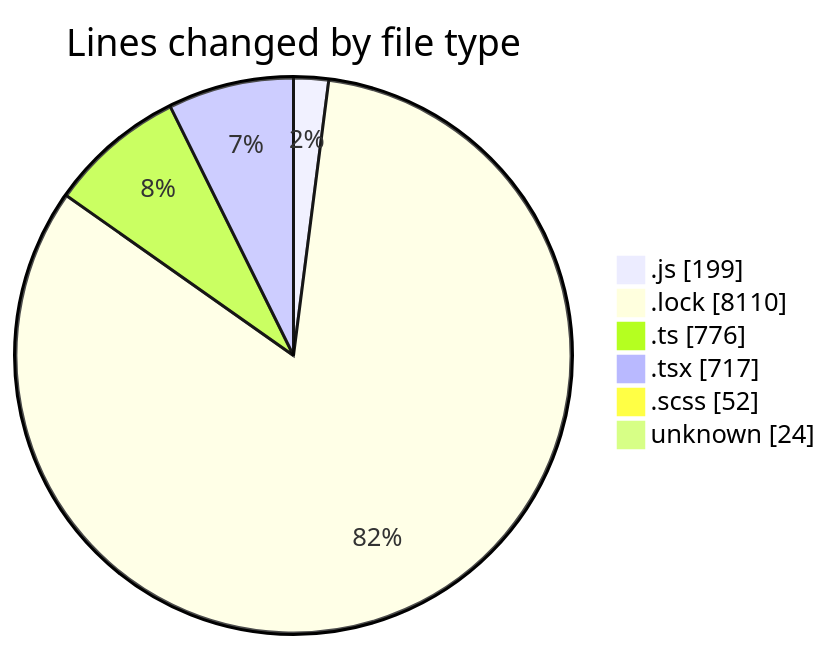
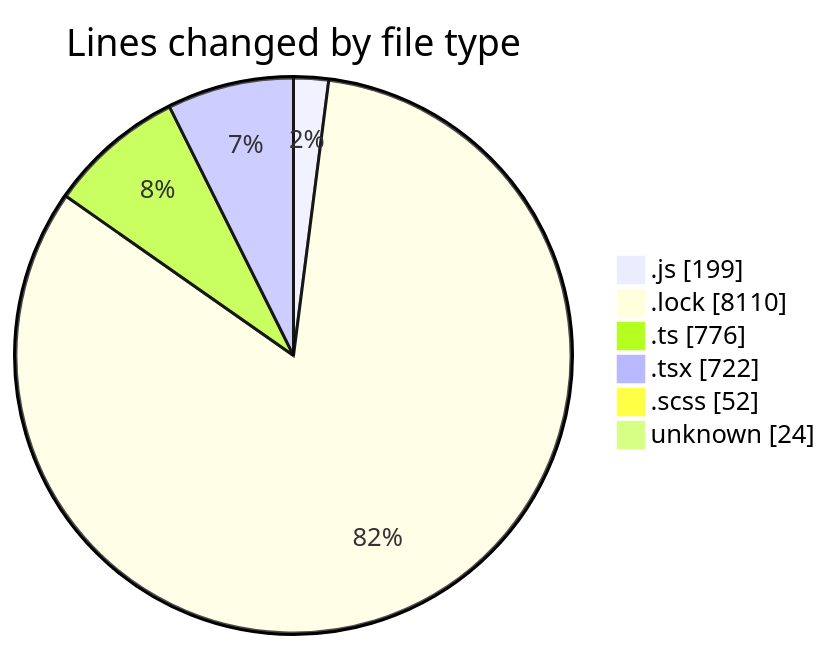
The first of 2 diagrams in 2025-02-07/cda/README.md (momahboobian/code-tracking), drawn with Mermaid before and after one commit. The commit also changed other lines of this file and 1 other file, not shown here.

````diff
--- a/2025-02-07/cda/README.md
+++ b/2025-02-07/cda/README.md
@@ -53,10 +53,10 @@
 ```mermaid
 pie showData
 title Lines changed by file type
 ".js" : 199
 ".lock" : 8110
 ".ts" : 776
-".tsx" : 717
+".tsx" : 722
 ".scss" : 52
 "unknown" : 24
 ```
````
